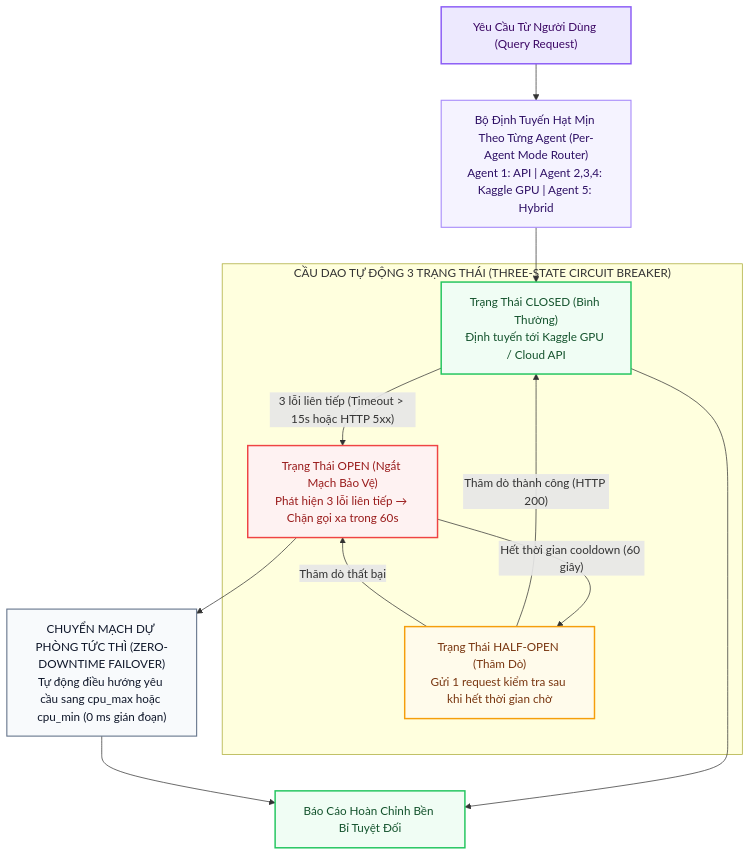
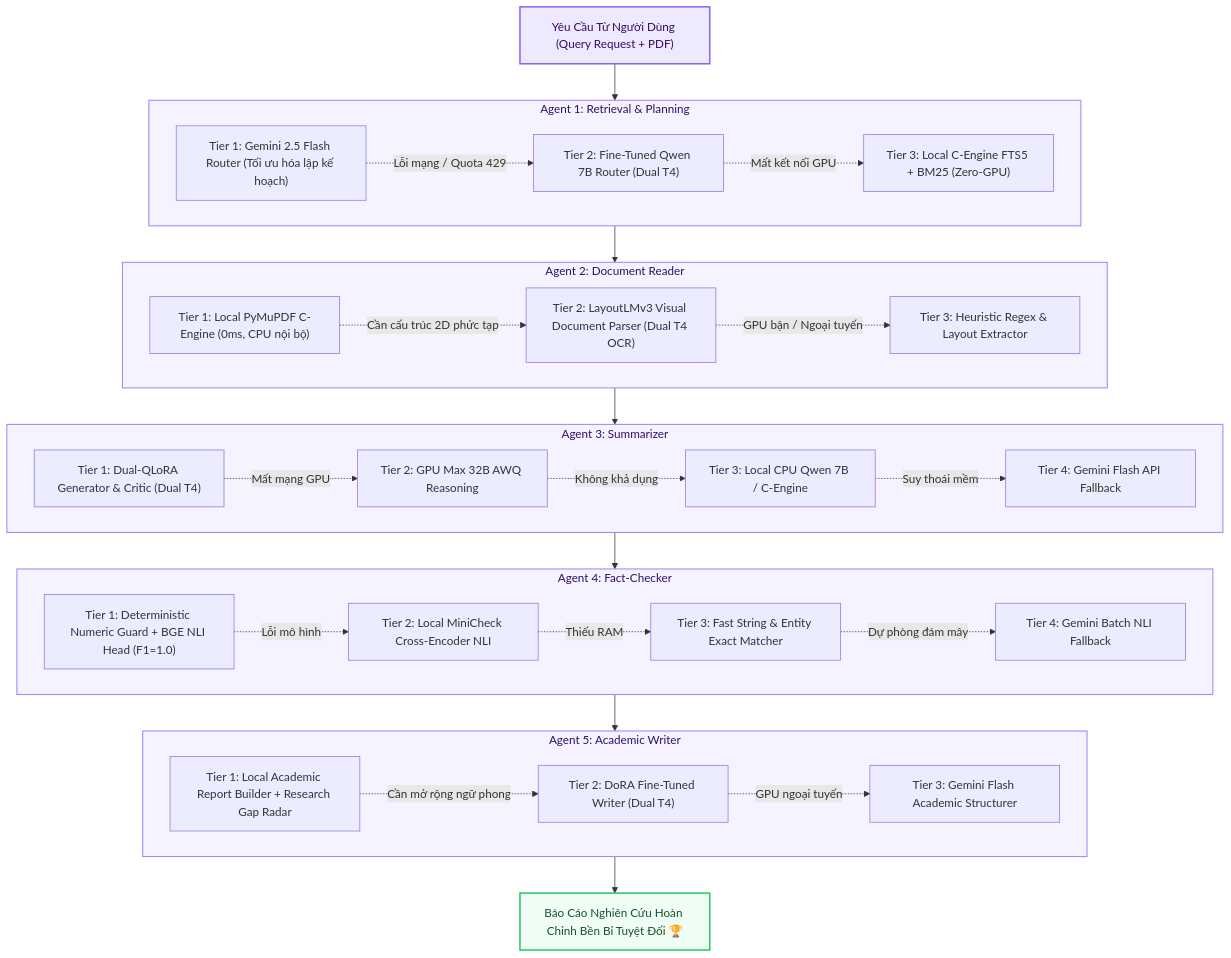
Before and after one commit to ducmanh-jr/Multi-Agent_RAG: the diagram in reports/execution_modes/06_hybrid_adaptive.md, drawn with Mermaid. The commit also changed other lines of this file and 19 other files, not shown here.

Commit message:
docs: standardize technical monographs and architecture documentation across 7 execution modes

````diff
--- a/reports/execution_modes/06_hybrid_adaptive.md
+++ b/reports/execution_modes/06_hybrid_adaptive.md
@@ -13,40 +13,63 @@
 ```mermaid
 flowchart TD
-    REQ["Yêu Cầu Từ Người Dùng (Query Request)"]
-    ROUTER["Bộ Định Tuyến Hạt Mịn Theo Từng Agent (Per-Agent Mode Router)<br/>Agent 1: API | Agent 2,3,4: Kaggle GPU | Agent 5: Hybrid"]
-
-    subgraph CB ["CẦU DAO TỰ ĐỘNG 3 TRẠNG THÁI (THREE-STATE CIRCUIT BREAKER)"]
-        CLOSED["Trạng Thái CLOSED (Bình Thường)<br/>Định tuyến tới Kaggle GPU / Cloud API"]
-        OPEN["Trạng Thái OPEN (Ngắt Mạch Bảo Vệ)<br/>Phát hiện 3 lỗi liên tiếp &rarr; Chặn gọi xa trong 60s"]
-        HALF["Trạng Thái HALF-OPEN (Thăm Dò)<br/>Gửi 1 request kiểm tra sau khi hết thời gian chờ"]
-        
-        CLOSED -- "3 lỗi liên tiếp (Timeout > 15s hoặc HTTP 5xx)" --> OPEN
-        OPEN -- "Hết thời gian cooldown (60 giây)" --> HALF
-        HALF -- "Thăm dò thành công (HTTP 200)" --> CLOSED
-        HALF -- "Thăm dò thất bại" --> OPEN
+    REQ["Yêu Cầu Từ Người Dùng (Query Request + PDF)"]
+    
+    subgraph A1 ["Agent 1: Retrieval & Planning"]
+        A1_T1["Tier 1: Gemini 2.5 Flash Router (Tối ưu hóa lập kế hoạch)"]
+        A1_T2["Tier 2: Fine-Tuned Qwen 7B Router (Dual T4)"]
+        A1_T3["Tier 3: Local C-Engine FTS5 + BM25 (Zero-GPU)"]
+        A1_T1 -. "Lỗi mạng / Quota 429" .-> A1_T2
+        A1_T2 -. "Mất kết nối GPU" .-> A1_T3
     end
 
-    FAILOVER["CHUYỂN MẠCH DỰ PHÒNG TỨC THÌ (ZERO-DOWNTIME FAILOVER)<br/>Tự động điều hướng yêu cầu sang cpu_max hoặc cpu_min (0 ms gián đoạn)"]
-    OUT["Báo Cáo Hoàn Chỉnh Bền Bỉ Tuyệt Đối"]
+    subgraph A2 ["Agent 2: Document Reader"]
+        A2_T1["Tier 1: Local PyMuPDF C-Engine (0ms, CPU nội bộ)"]
+        A2_T2["Tier 2: LayoutLMv3 Visual Document Parser (Dual T4 OCR)"]
+        A2_T3["Tier 3: Heuristic Regex & Layout Extractor"]
+        A2_T1 -. "Cần cấu trúc 2D phức tạp" .-> A2_T2
+        A2_T2 -. "GPU bận / Ngoại tuyến" .-> A2_T3
+    end
 
-    REQ --> ROUTER
-    ROUTER --> CLOSED
-    CLOSED --> OUT
-    OPEN --> FAILOVER
-    FAILOVER --> OUT
+    subgraph A3 ["Agent 3: Summarizer"]
+        A3_T1["Tier 1: Dual-QLoRA Generator & Critic (Dual T4)"]
+        A3_T2["Tier 2: GPU Max 32B AWQ Reasoning"]
+        A3_T3["Tier 3: Local CPU Qwen 7B / C-Engine"]
+        A3_T4["Tier 4: Gemini Flash API Fallback"]
+        A3_T1 -. "Mất mạng GPU" .-> A3_T2
+        A3_T2 -. "Không khả dụng" .-> A3_T3
+        A3_T3 -. "Suy thoái mềm" .-> A3_T4
+    end
+
+    subgraph A4 ["Agent 4: Fact-Checker"]
+        A4_T1["Tier 1: Deterministic Numeric Guard + BGE NLI Head (F1=1.0)"]
+        A4_T2["Tier 2: Local MiniCheck Cross-Encoder NLI"]
+        A4_T3["Tier 3: Fast String & Entity Exact Matcher"]
+        A4_T4["Tier 4: Gemini Batch NLI Fallback"]
+        A4_T1 -. "Lỗi mô hình" .-> A4_T2
+        A4_T2 -. "Thiếu RAM" .-> A4_T3
+        A4_T3 -. "Dự phòng đám mây" .-> A4_T4
+    end
+
+    subgraph A5 ["Agent 5: Academic Writer"]
+        A5_T1["Tier 1: Local Academic Report Builder + Research Gap Radar"]
+        A5_T2["Tier 2: DoRA Fine-Tuned Writer (Dual T4)"]
+        A5_T3["Tier 3: Gemini Flash Academic Structurer"]
+        A5_T1 -. "Cần mở rộng ngữ phong" .-> A5_T2
+        A5_T2 -. "GPU ngoại tuyến" .-> A5_T3
+    end
+
+    REQ --> A1
+    A1 --> A2
+    A2 --> A3
+    A3 --> A4
+    A4 --> A5
+    A5 --> OUT["Báo Cáo Nghiên Cứu Hoàn Chỉnh Bền Bỉ Tuyệt Đối 🏆"]
 
     classDef purple fill:#f5f3ff,stroke:#a78bfa,stroke-width:1.5px,color:#2e1065;
     classDef input fill:#ede9fe,stroke:#8b5cf6,stroke-width:2px,color:#3b0764;
     classDef closed fill:#f0fdf4,stroke:#22c55e,stroke-width:2px,color:#14532d;
-    classDef open fill:#fef2f2,stroke:#ef4444,stroke-width:2px,color:#991b1b;
-    classDef half fill:#fffbeb,stroke:#f59e0b,stroke-width:2px,color:#78350f;
-    classDef failover fill:#f8fafc,stroke:#64748b,stroke-width:1.5px,color:#0f172a;
 
     class REQ input;
-    class ROUTER purple;
-    class CLOSED closed;
-    class OPEN open;
-    class HALF half;
-    class FAILOVER failover;
+    class A1,A2,A3,A4,A5 purple;
     class OUT closed;
 ```
````
